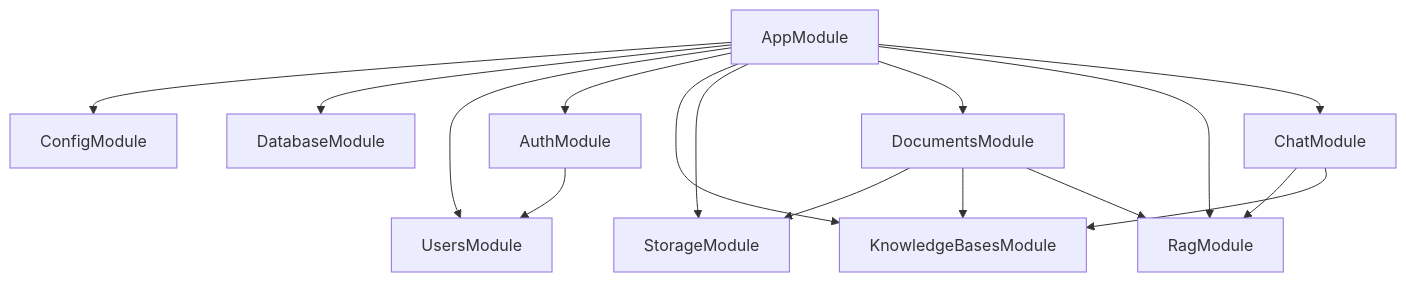
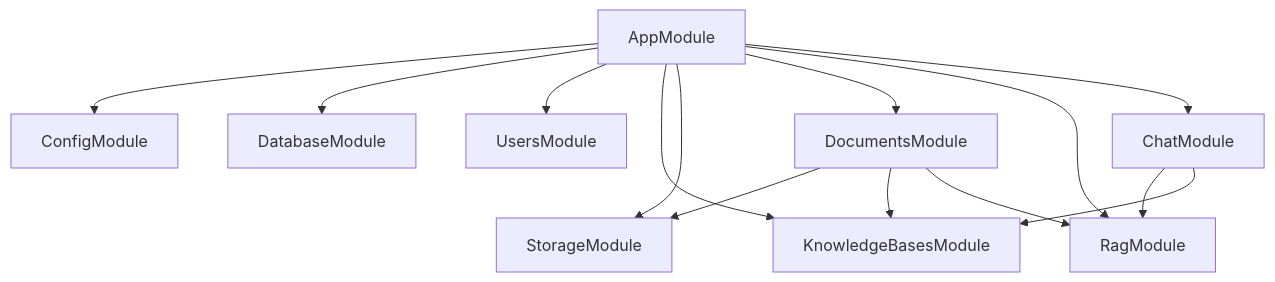
The second of 6 diagrams in docs/Nest-MongoDB-LangChain-知识库问答系统-从0到1.md (mik-myp/knowledge-base-api), drawn with Mermaid before and after one commit. The commit also changed other lines of this file and 18 other files, not shown here.

````diff
--- a/docs/Nest-MongoDB-LangChain-知识库问答系统-从0到1.md
+++ b/docs/Nest-MongoDB-LangChain-知识库问答系统-从0到1.md
@@ -365,19 +365,17 @@
 ```mermaid
 graph TD
     AppModule --> ConfigModule
     AppModule --> DatabaseModule
     AppModule --> UsersModule
-    AppModule --> AuthModule
     AppModule --> KnowledgeBasesModule
     AppModule --> StorageModule
     AppModule --> DocumentsModule
     AppModule --> RagModule
     AppModule --> ChatModule
 
-    AuthModule --> UsersModule
     DocumentsModule --> StorageModule
     DocumentsModule --> KnowledgeBasesModule
     DocumentsModule --> RagModule
     ChatModule --> RagModule
     ChatModule --> KnowledgeBasesModule
 ```
````
